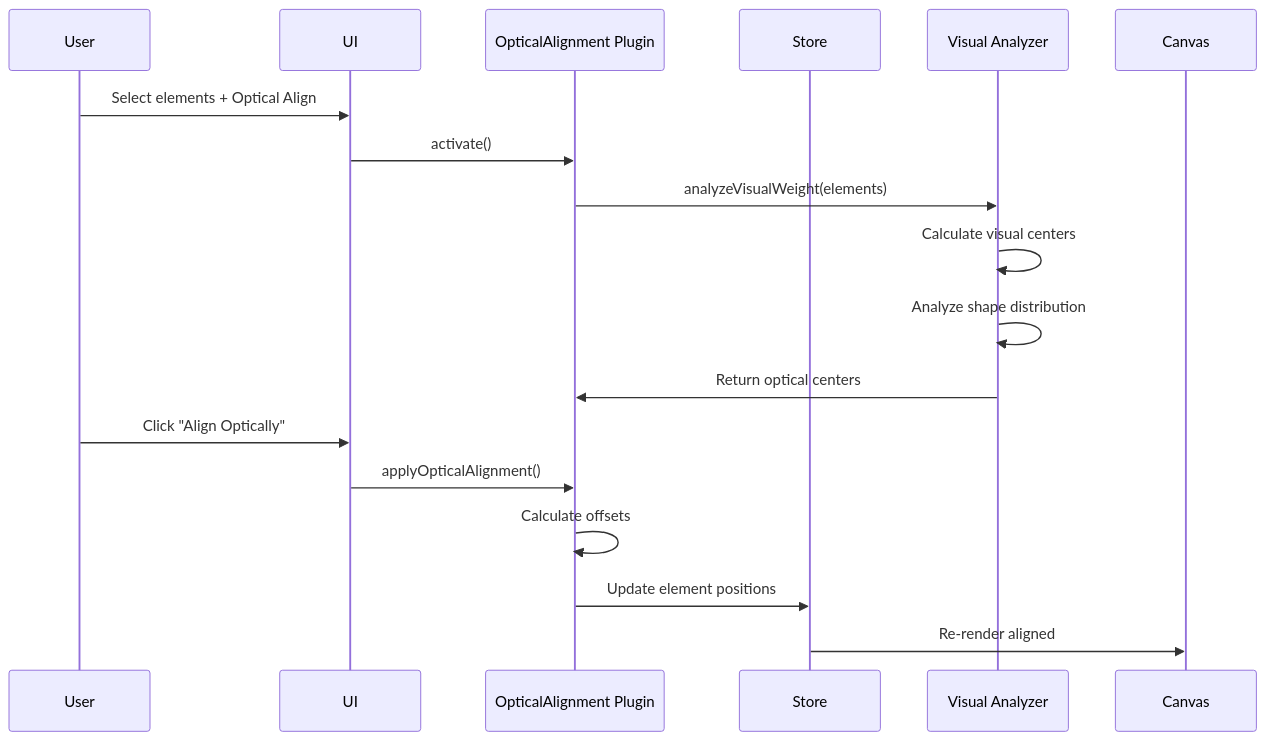
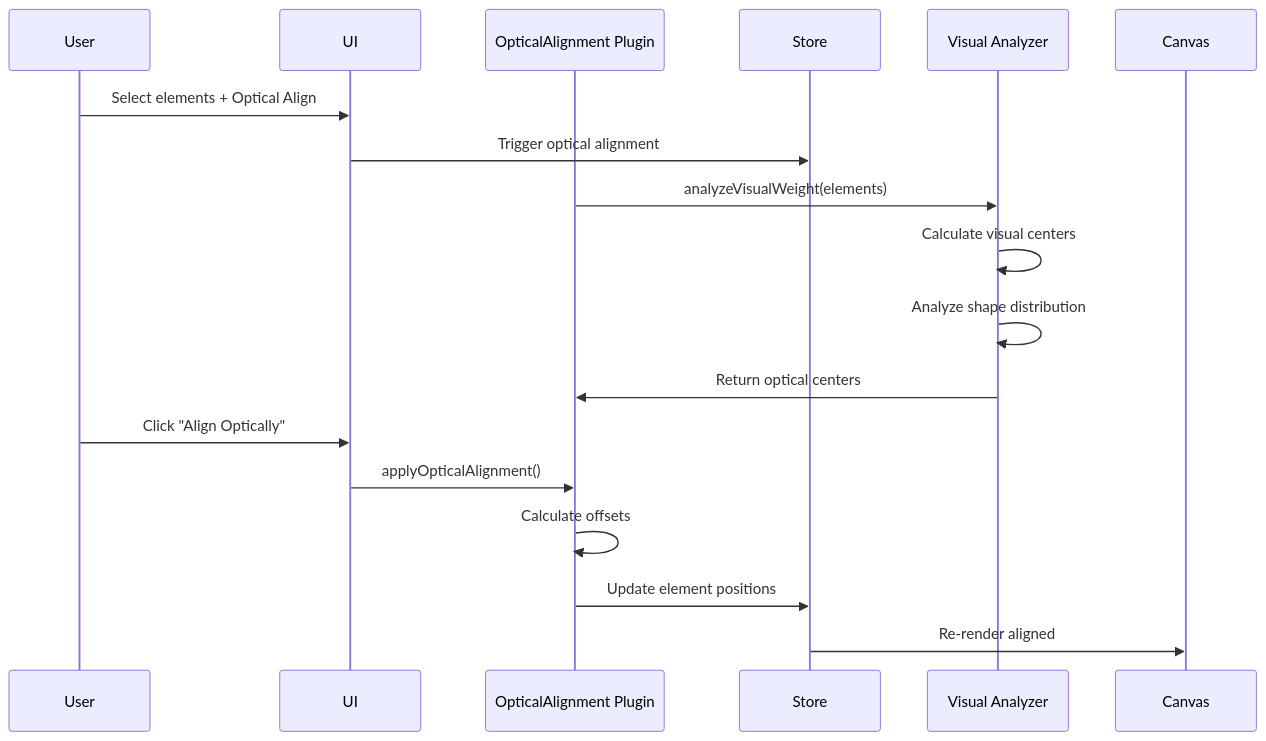
The diagram in doc/docs/plugins/catalog/optical-alignment.md (ekrsulov/ttpe), drawn with Mermaid before and after one commit. The commit also changed 20 other files, not shown here.

````diff
--- a/doc/docs/plugins/catalog/optical-alignment.md
+++ b/doc/docs/plugins/catalog/optical-alignment.md
@@ -20,22 +20,22 @@
 ```mermaid
 sequenceDiagram
     participant User
     participant UI
     participant OA as OpticalAlignment Plugin
     participant Store
     participant VA as Visual Analyzer
     participant Canvas
     
     User->>UI: Select elements + Optical Align
-    UI->>OA: activate()
+    UI->>Store: Trigger optical alignment
     OA->>VA: analyzeVisualWeight(elements)
     VA->>VA: Calculate visual centers
     VA->>VA: Analyze shape distribution
     VA->>OA: Return optical centers
     
     User->>UI: Click "Align Optically"
     UI->>OA: applyOpticalAlignment()
     OA->>OA: Calculate offsets
     OA->>Store: Update element positions
     Store->>Canvas: Re-render aligned
 ```
````
